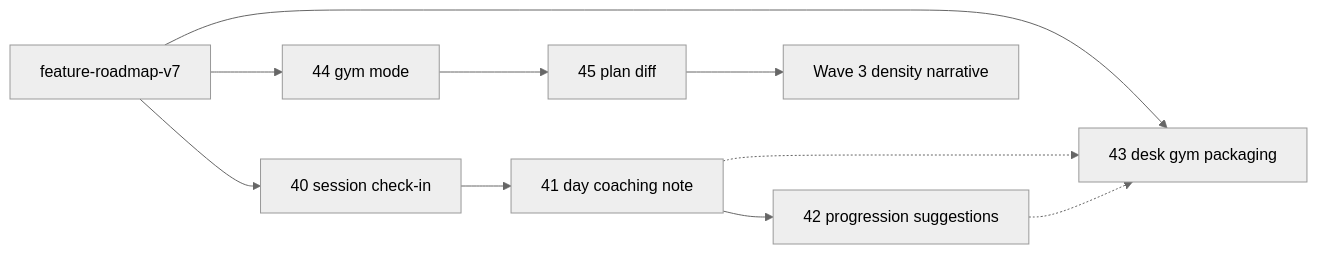
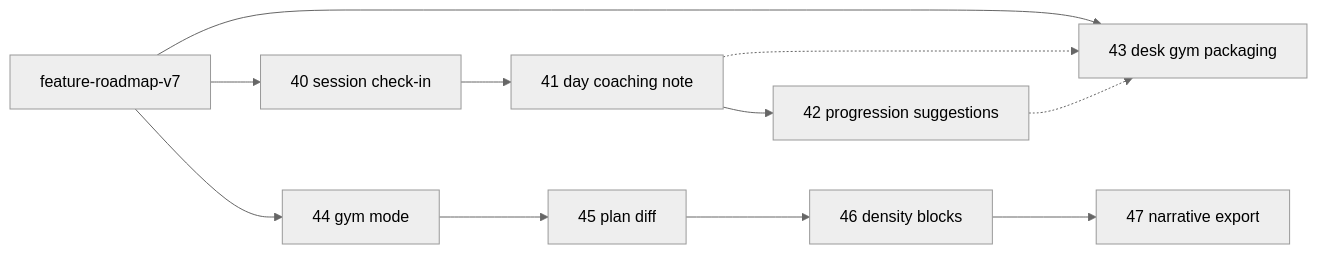
One commit to edar-dev/powercoach-studio changed the first of 4 diagrams in .cursor/plans/README.md. Above: the diagram before and after it, drawn with Mermaid (neutral theme). The commit also changed other lines of this file and 40 other files, not shown here.

First line of the commit message:
feat(identity): Wave 3 — circuit/EMOM density blocks + narrative export

````diff
--- a/.cursor/plans/README.md
+++ b/.cursor/plans/README.md
@@ -21,16 +23,17 @@
 ```mermaid
 flowchart LR
   V7[feature-roadmap-v7]
   F40[40 session check-in]
   F41[41 day coaching note]
   F42[42 progression suggestions]
   F43[43 desk gym packaging]
   F44[44 gym mode]
   F45[45 plan diff]
-  W3[Wave 3 density narrative]
+  F46[46 density blocks]
+  F47[47 narrative export]
   V7 --> F40 --> F41 --> F42
   V7 --> F43
   F41 -.-> F43
   F42 -.-> F43
-  V7 --> F44 --> F45 --> W3
+  V7 --> F44 --> F45 --> F46 --> F47
 ```
````
